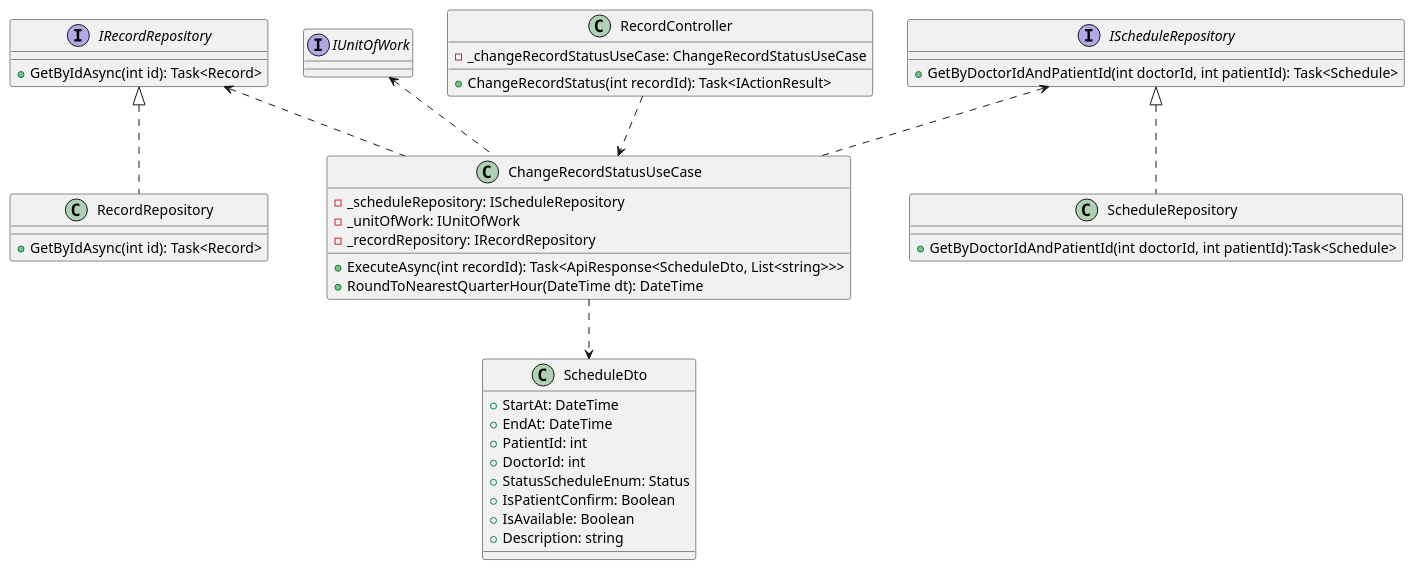
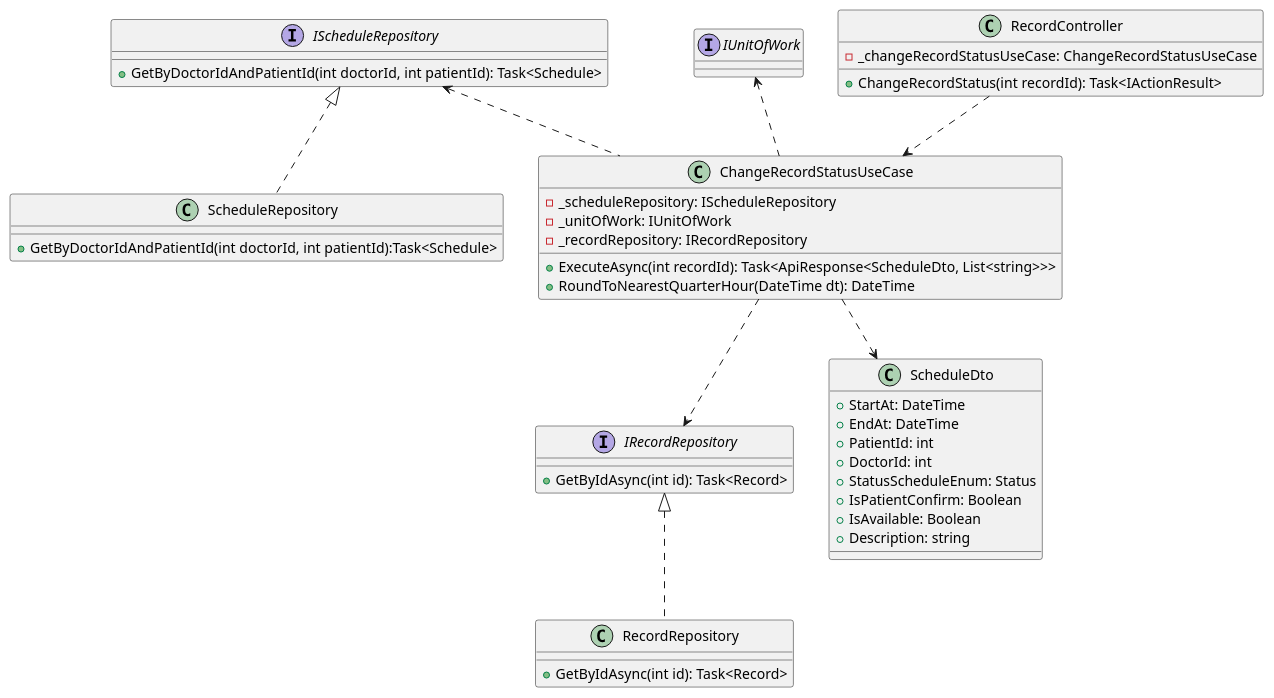
The diagram in ClassDiagram/Record/ChangeRecordStatus.puml (jang1902/SEP490_Sequence), drawn with PlantUML before and after one commit. The commit also changed 14 other files, not shown here.

```diff
--- a/ClassDiagram/Record/ChangeRecordStatus.puml
+++ b/ClassDiagram/Record/ChangeRecordStatus.puml
@@ -1,50 +1,50 @@
 @startuml
 
 interface IRecordRepository{
  + GetByIdAsync(int id): Task<Record>
 }
 interface IScheduleRepository{
 +GetByDoctorIdAndPatientId(int doctorId, int patientId): Task<Schedule>
 }
 interface IUnitOfWork
 class ScheduleDto{
 +StartAt: DateTime
 +EndAt: DateTime
 +PatientId: int
 +DoctorId: int
 +StatusScheduleEnum: Status
 +IsPatientConfirm: Boolean
 +IsAvailable: Boolean
 +Description: string
 }
 
 class RecordRepository {
  + GetByIdAsync(int id): Task<Record>
 }
 class ScheduleRepository{
 + GetByDoctorIdAndPatientId(int doctorId, int patientId):Task<Schedule>
 }
 
 class ChangeRecordStatusUseCase {
   - _scheduleRepository: IScheduleRepository
   - _unitOfWork: IUnitOfWork
   - _recordRepository: IRecordRepository
   +ExecuteAsync(int recordId): Task<ApiResponse<ScheduleDto, List<string>>>
   +RoundToNearestQuarterHour(DateTime dt): DateTime
 }
 
 
 class RecordController {
   - _changeRecordStatusUseCase: ChangeRecordStatusUseCase
   + ChangeRecordStatus(int recordId): Task<IActionResult>
 }
 
 ChangeRecordStatusUseCase ..> ScheduleDto
 IRecordRepository <|.. RecordRepository
-IRecordRepository <.. ChangeRecordStatusUseCase
+ChangeRecordStatusUseCase..>IRecordRepository
 IScheduleRepository <|.. ScheduleRepository
 IScheduleRepository <.. ChangeRecordStatusUseCase
 IUnitOfWork <.. ChangeRecordStatusUseCase
 RecordController ..> ChangeRecordStatusUseCase
 
 @enduml
```
